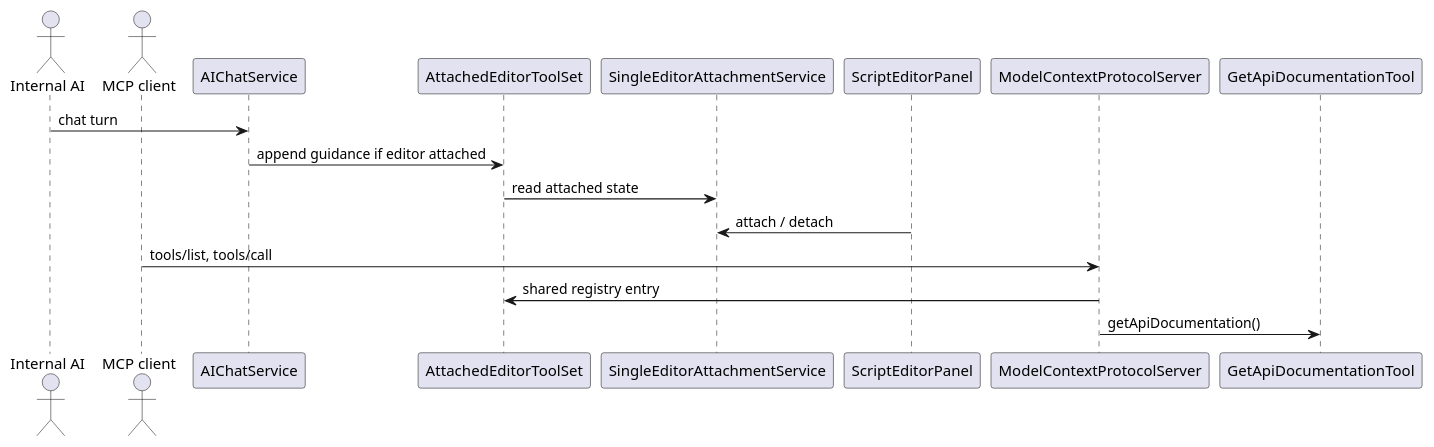
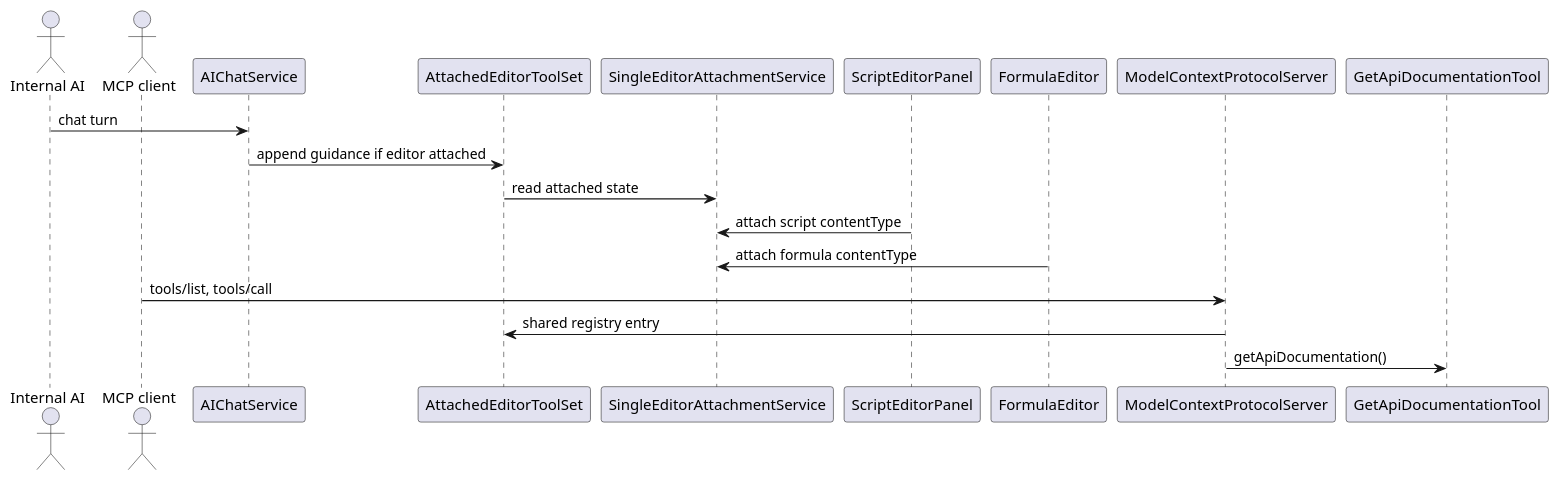
One commit to hyperdreamer/freeplane changed the first of 6 diagrams in ai-specs/tasks/in-progress/groovy-script-execution-tool.md. Above: the diagram before and after it, drawn with PlantUML. The commit also changed other lines of this file, not shown here.

Commit message:
2026-04-09-script-tool Align task with attached-code contract and approval-ready design

````diff
--- a/ai-specs/tasks/in-progress/groovy-script-execution-tool.md
+++ b/ai-specs/tasks/in-progress/groovy-script-execution-tool.md
@@ -141,20 +167,22 @@
 ```plantuml
 @startuml
 actor "Internal AI" as Chat
 actor "MCP client" as MCP
 participant "AIChatService" as ChatService
 participant "AttachedEditorToolSet" as AttachedTools
 participant "SingleEditorAttachmentService" as AttachmentService
 participant "ScriptEditorPanel" as ScriptEditor
+participant "FormulaEditor" as FormulaEditor
 participant "ModelContextProtocolServer" as McpServer
 participant "GetApiDocumentationTool" as ApiTool
 
 Chat -> ChatService: chat turn
 ChatService -> AttachedTools: append guidance if editor attached
 AttachedTools -> AttachmentService: read attached state
-ScriptEditor -> AttachmentService: attach / detach
+ScriptEditor -> AttachmentService: attach script contentType
+FormulaEditor -> AttachmentService: attach formula contentType
 MCP -> McpServer: tools/list, tools/call
 McpServer -> AttachedTools: shared registry entry
 McpServer -> ApiTool: getApiDocumentation()
 @enduml
 ```
````
